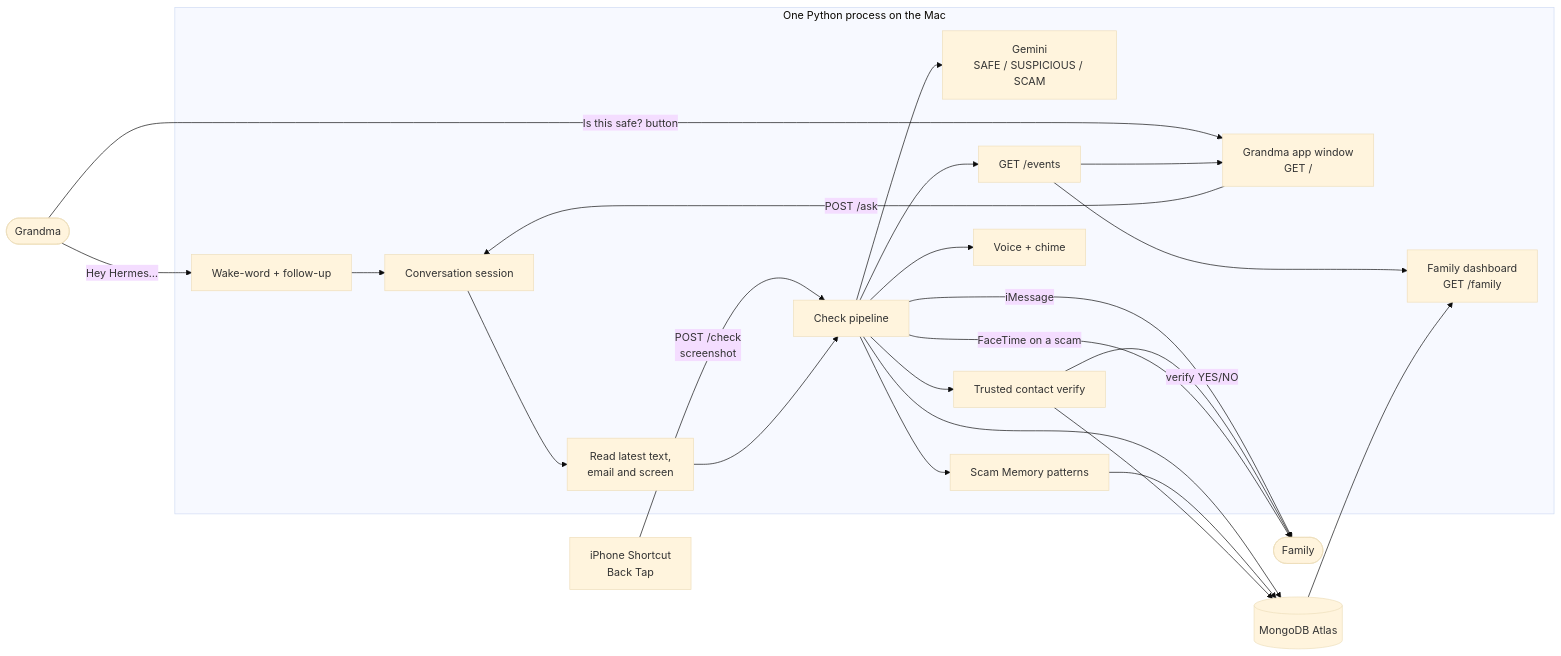
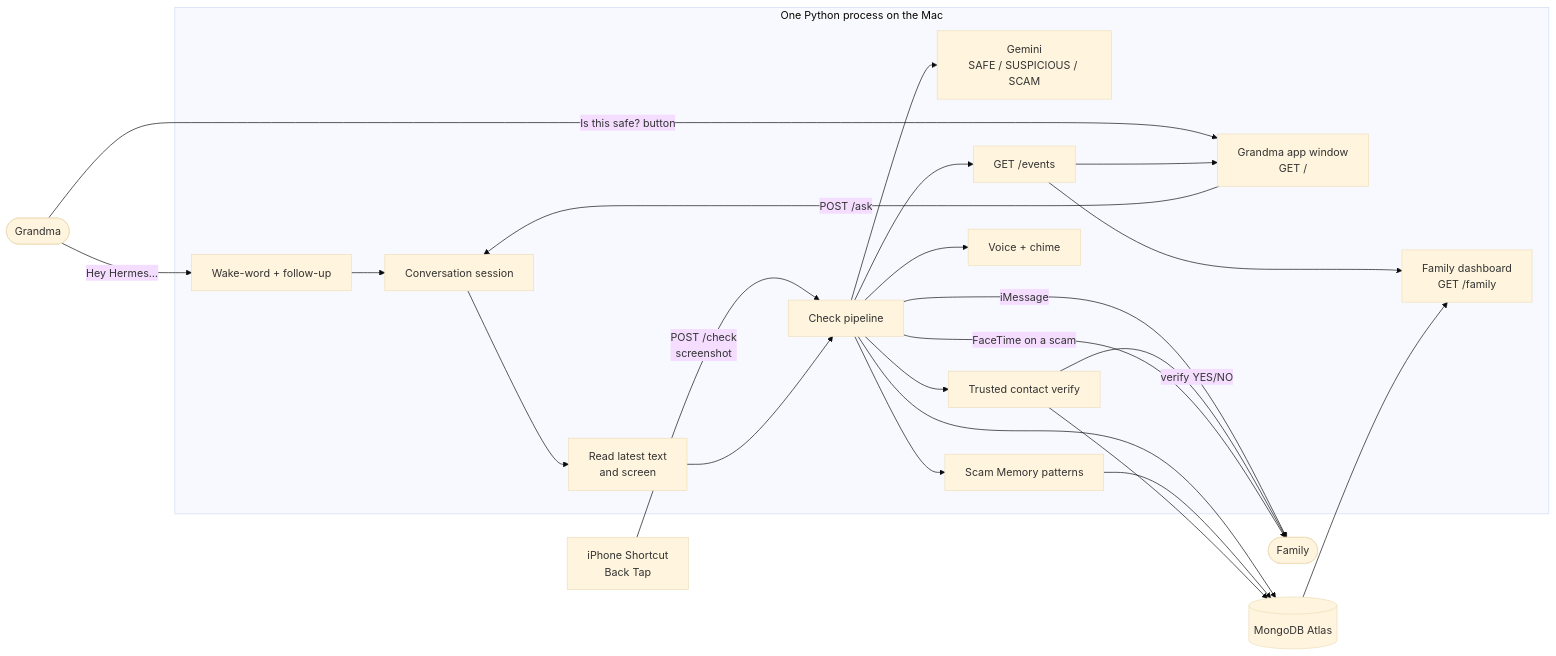
One commit to thapaliya-07/hermes changed the diagram in README.md. Above: the diagram before and after it, drawn with Mermaid (base theme). The commit also changed other lines of this file and 6 other files, not shown here.

````diff
--- a/README.md
+++ b/README.md
@@ -95,28 +95,28 @@
 ```mermaid
 flowchart LR
     G([Grandma]) -- "Hey Hermes…" --> MIC[Wake-word + follow-up]
     G -- "Is this safe? button" --> UI[Grandma app window<br/>GET /]
     PH[iPhone Shortcut<br/>Back Tap] -- "POST /check<br/>screenshot" --> API
 
     subgraph MAC [One Python process on the Mac]
         MIC --> CONV[Conversation session]
         UI -- POST /ask --> CONV
-        CONV --> READ[Read latest text,<br/>email and screen]
+        CONV --> READ[Read latest text<br/>and screen]
         READ --> API[Check pipeline]
         API --> GEM[Gemini<br/>SAFE / SUSPICIOUS / SCAM]
         API --> MEM[Scam Memory patterns]
         API --> VER[Trusted contact verify]
         API --> SSE[GET /events]
         API --> VOICE[Voice + chime]
         SSE --> UI
         SSE --> DASH[Family dashboard<br/>GET /family]
     end
 
     API --> DB[(MongoDB Atlas)]
     MEM --> DB
     VER --> DB
     DB --> DASH
     API -- iMessage --> FAM([Family])
     VER -- "verify YES/NO" --> FAM
     API -- "FaceTime on a scam" --> FAM
 ```
````
